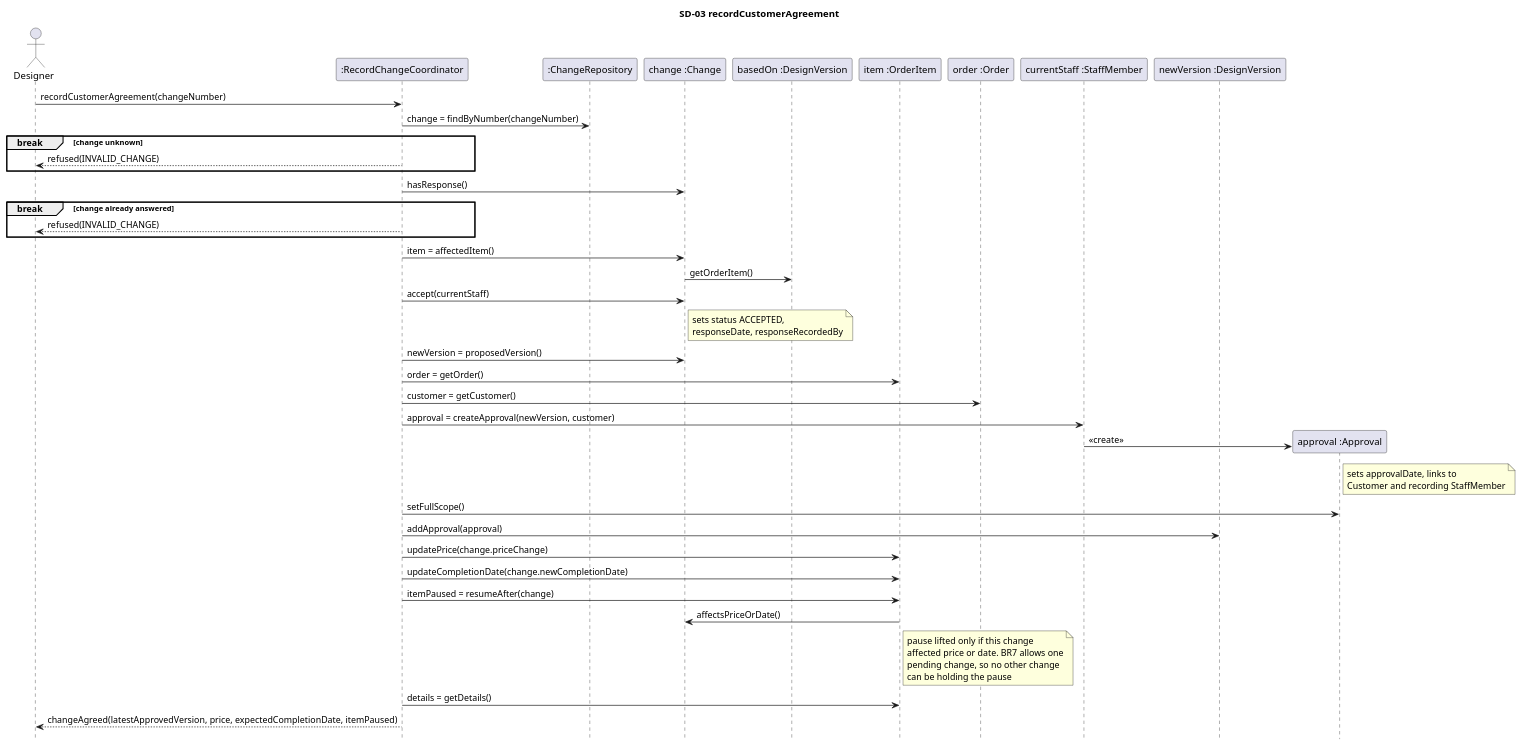
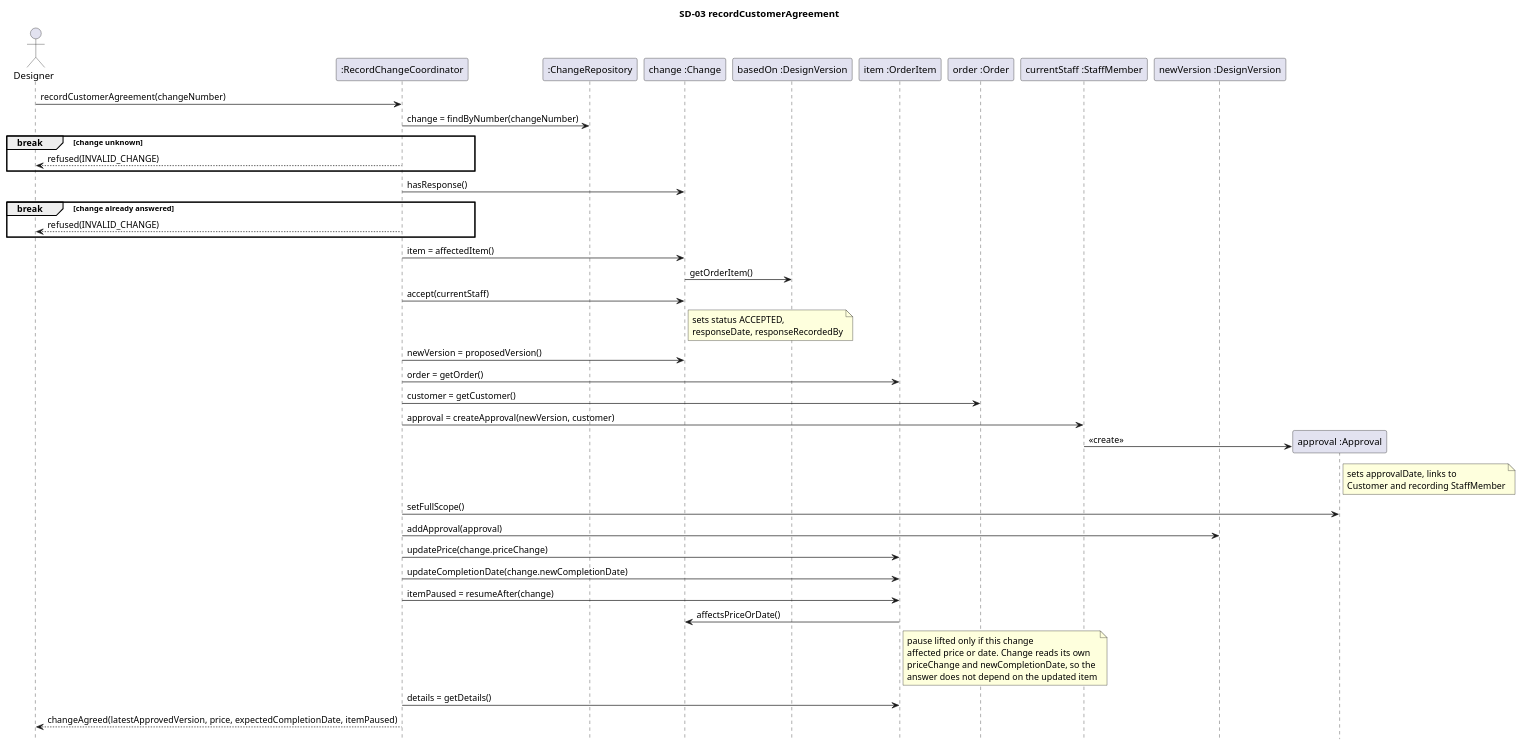
One commit to Ahmad-1031/OOAD_CA2 changed the third of 4 diagrams in sd-uc6-record-change.puml. Above: the diagram before and after it, drawn with PlantUML. The commit also changed 6 other files, not shown here.

First line of the commit message:
Make Refusal part of result types and newCompletionDate optional and create contributions.md

```diff
--- a/sd-uc6-record-change.puml
+++ b/sd-uc6-record-change.puml
@@ -81,47 +81,47 @@
 @startuml SD-03-record-customer-agreement
 hide footbox
 title SD-03 recordCustomerAgreement
 
 actor Designer
 participant ":RecordChangeCoordinator" as C
 participant ":ChangeRepository" as CR
 participant "change :Change" as CH
 participant "basedOn :DesignVersion" as V
 participant "item :OrderItem" as I
 participant "order :Order" as O
 participant "currentStaff :StaffMember" as S
 participant "newVersion :DesignVersion" as NV
 
 Designer -> C : recordCustomerAgreement(changeNumber)
 C -> CR : change = findByNumber(changeNumber)
 break change unknown
   C --> Designer : refused(INVALID_CHANGE)
 end
 C -> CH : hasResponse()
 break change already answered
   C --> Designer : refused(INVALID_CHANGE)
 end
 
 C -> CH : item = affectedItem()
 CH -> V : getOrderItem()
 C -> CH : accept(currentStaff)
 note right of CH : sets status ACCEPTED,\nresponseDate, responseRecordedBy
 
 C -> CH : newVersion = proposedVersion()
 C -> I : order = getOrder()
 C -> O : customer = getCustomer()
 C -> S : approval = createApproval(newVersion, customer)
 create participant "approval :Approval" as A
 S -> A : <<create>>
 note right of A : sets approvalDate, links to\nCustomer and recording StaffMember
 C -> A : setFullScope()
 C -> NV : addApproval(approval)
 
 C -> I : updatePrice(change.priceChange)
 C -> I : updateCompletionDate(change.newCompletionDate)
 C -> I : itemPaused = resumeAfter(change)
 I -> CH : affectsPriceOrDate()
-note right of I : pause lifted only if this change\naffected price or date. BR7 allows one\npending change, so no other change\ncan be holding the pause
+note right of I : pause lifted only if this change\naffected price or date. Change reads its own\npriceChange and newCompletionDate, so the\nanswer does not depend on the updated item
 C -> I : details = getDetails()
 C --> Designer : changeAgreed(latestApprovedVersion, price, expectedCompletionDate, itemPaused)
 @enduml
```
